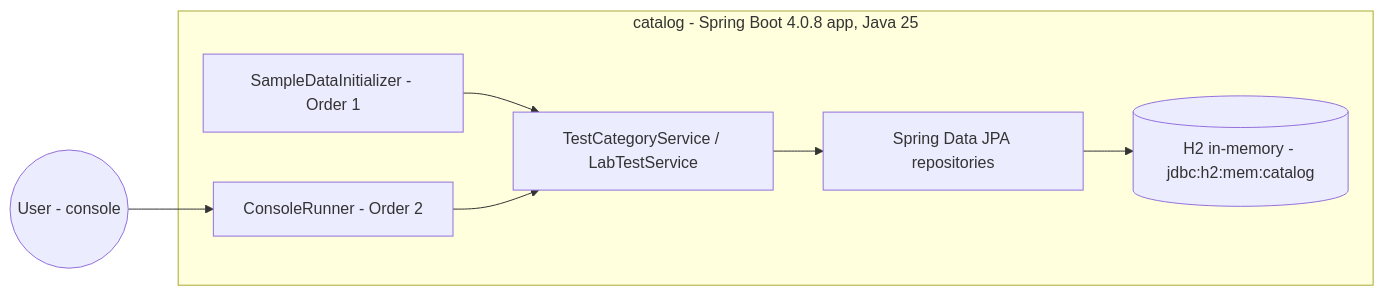
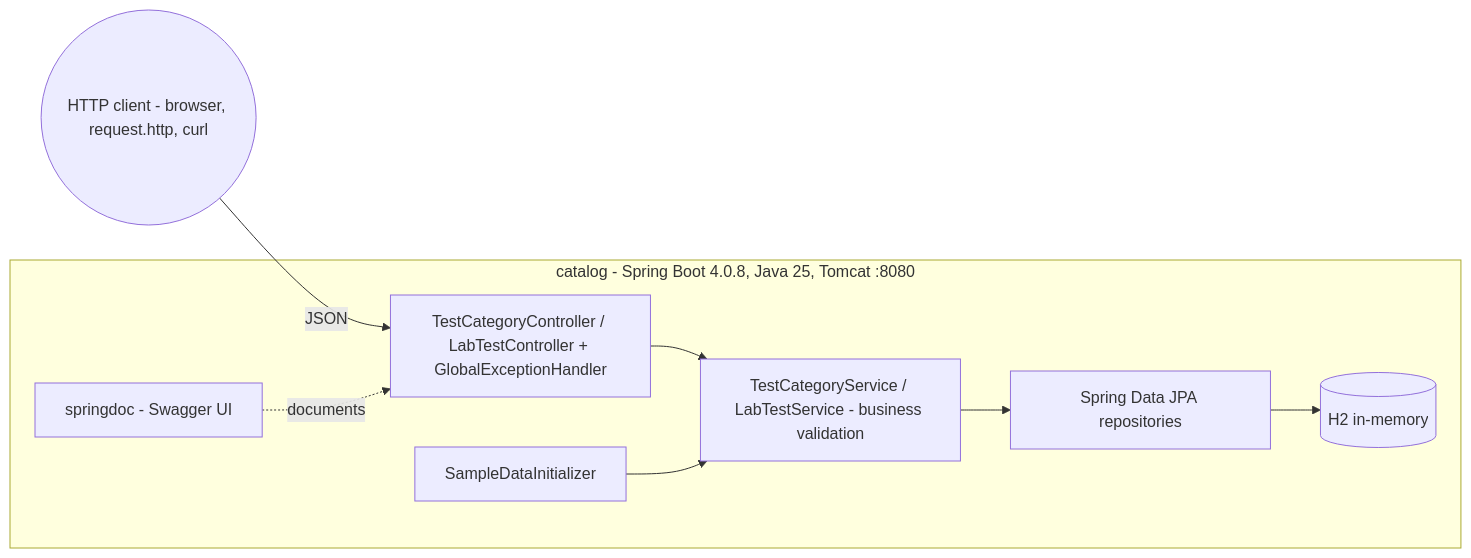
The first of 2 diagrams in docs/en/ARCHITECTURE.md (Zambrzyckii/Medata), drawn with Mermaid before and after one commit. The commit also changed other lines of this file and 15 other files, not shown here.

Commit message:
[LAB 3] REST API: DTOs, controllers with hierarchical routes and status codes, cascade delete, global error handler, request.http, springdoc

````diff
--- a/docs/en/ARCHITECTURE.md
+++ b/docs/en/ARCHITECTURE.md
@@ -8,10 +8,11 @@
 ```mermaid
 flowchart LR
-    User((User - console)) --> Runner
-    subgraph app [catalog - Spring Boot 4.0.8 app, Java 25]
-        Init[SampleDataInitializer - Order 1] --> Services
-        Runner[ConsoleRunner - Order 2] --> Services
-        Services[TestCategoryService / LabTestService] --> Repos[Spring Data JPA repositories]
-        Repos --> H2[(H2 in-memory - jdbc:h2:mem:catalog)]
+    Client((HTTP client - browser, request.http, curl)) -->|JSON| Controllers
+    subgraph app [catalog - Spring Boot 4.0.8, Java 25, Tomcat :8080]
+        Controllers[TestCategoryController / LabTestController + GlobalExceptionHandler] --> Services
+        Init[SampleDataInitializer] --> Services
+        Services[TestCategoryService / LabTestService - business validation] --> Repos[Spring Data JPA repositories]
+        Repos --> H2[(H2 in-memory)]
+        Swagger[springdoc - Swagger UI] -.documents.-> Controllers
     end
 ```
````
